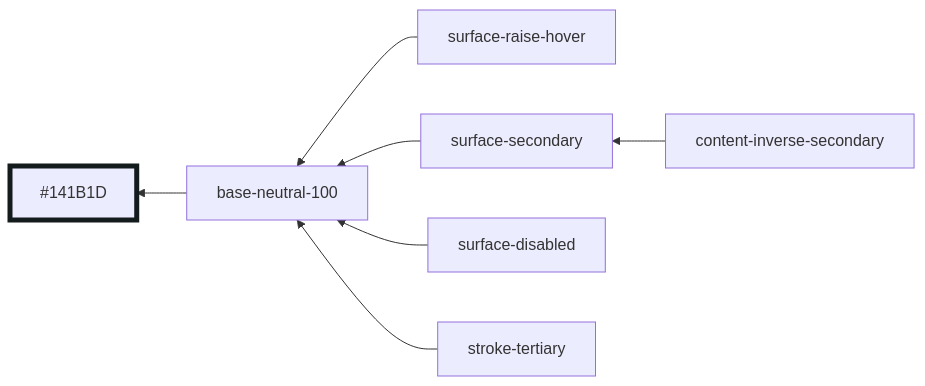
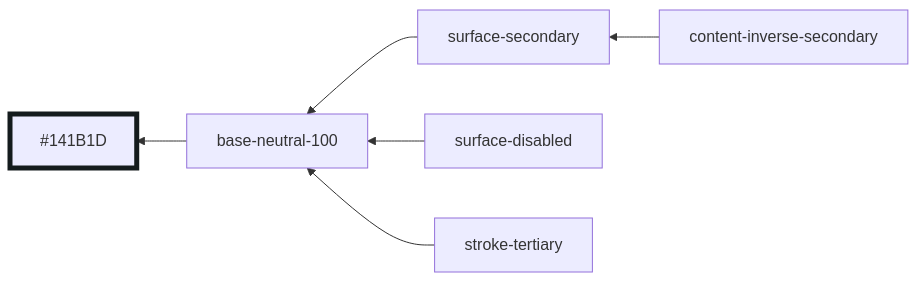
Diagram 43 of 51 in styles/dist/blue.md (oxidecomputer/design-system), drawn with Mermaid before and after one commit. The commit also changed other lines of this file and 8 other files, not shown here.

````diff
--- a/styles/dist/blue.md
+++ b/styles/dist/blue.md
@@ -500,11 +499,10 @@
 ```mermaid
 graph RL
   base-neutral-100 --> #141B1D:::base-neutral-100
-  surface-raise-hover --> base-neutral-100
   surface-secondary --> base-neutral-100
   surface-disabled --> base-neutral-100
   content-inverse-secondary --> surface-secondary
   stroke-tertiary --> base-neutral-100
 
 	classDef base-neutral-100 stroke-width:5,stroke:#141B1D
 ```
````
